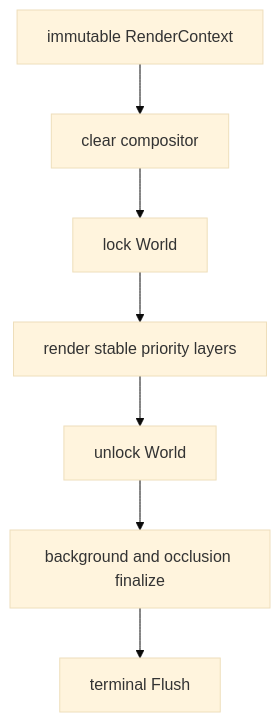
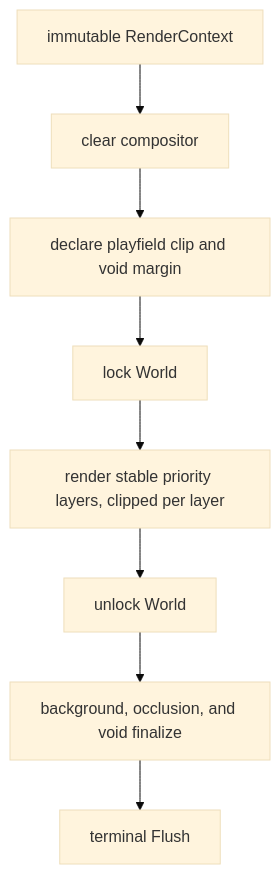
One commit to lixenwraith/vi-fighter changed the first of 2 diagrams in doc/rendering.md. Above: the diagram before and after it, drawn with Mermaid (base theme). The commit also changed other lines of this file and 19 other files, not shown here.

````diff
--- a/doc/rendering.md
+++ b/doc/rendering.md
@@ -11,9 +11,10 @@
 ```mermaid
 flowchart TD
     Context["immutable RenderContext"] --> Clear["clear compositor"]
-    Clear --> Lock["lock World"]
-    Lock --> Layers["render stable priority layers"]
+    Clear --> Clip["declare playfield clip and void margin"]
+    Clip --> Lock["lock World"]
+    Lock --> Layers["render stable priority layers, clipped per layer"]
     Layers --> Unlock["unlock World"]
-    Unlock --> Finalize["background and occlusion finalize"]
+    Unlock --> Finalize["background, occlusion, and void finalize"]
     Finalize --> Flush["terminal Flush"]
 ```
````
